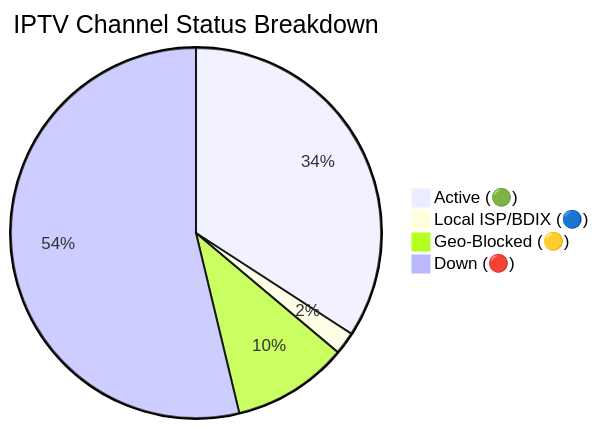
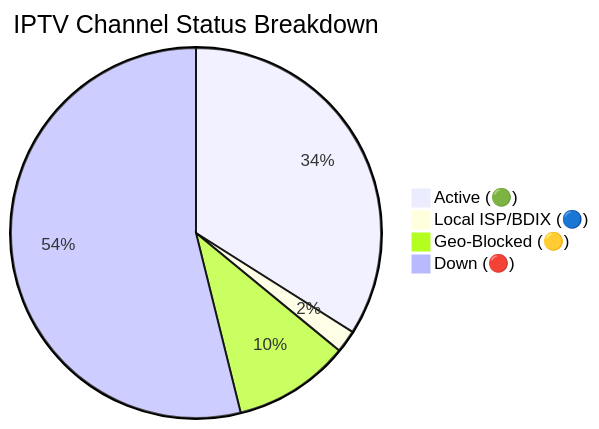
Before and after one commit to andreataylord/Ip-tv-Collection: the diagram in README.md, drawn with Mermaid. The commit also changed other lines of this file and 1 other file, not shown here.

Commit message:
docs(readme): auto-update daily channel status chart

````diff
--- a/README.md
+++ b/README.md
@@ -59,7 +59,7 @@
 ```mermaid
 pie title IPTV Channel Status Breakdown
-    "Active (🟢)" : 2218
+    "Active (🟢)" : 2206
     "Local ISP/BDIX (🔵)" : 128
-    "Geo-Blocked (🟡)" : 657
-    "Down (🔴)" : 3491
+    "Geo-Blocked (🟡)" : 661
+    "Down (🔴)" : 3499
 ```
````
